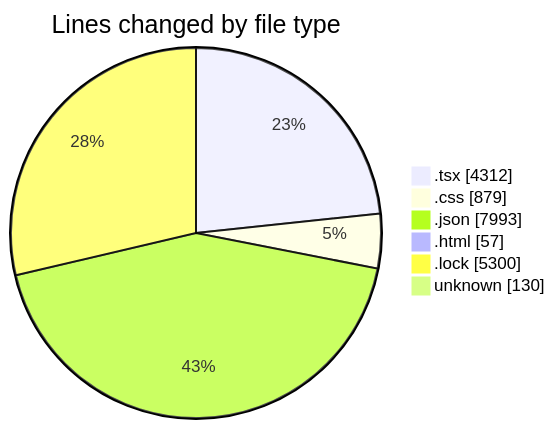
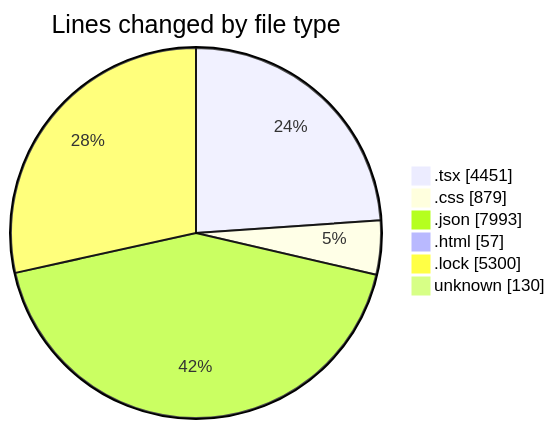
One commit to EIIisD/code-tracking changed the first of 2 diagrams in 2025-08-12/ribbon/README.md. Above: the diagram before and after it, drawn with Mermaid. The commit also changed other lines of this file and 1 other file, not shown here.

````diff
--- a/2025-08-12/ribbon/README.md
+++ b/2025-08-12/ribbon/README.md
@@ -41,10 +41,10 @@
 ```mermaid
 pie showData
 title Lines changed by file type
-".tsx" : 4312
+".tsx" : 4451
 ".css" : 879
 ".json" : 7993
 ".html" : 57
 ".lock" : 5300
 "unknown" : 130
 ```
````
